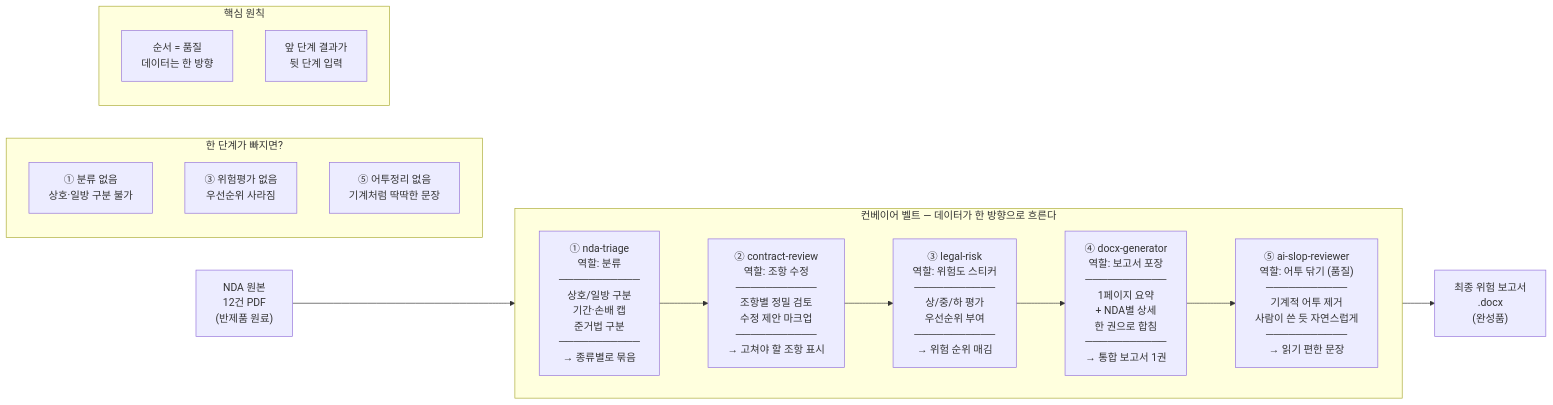
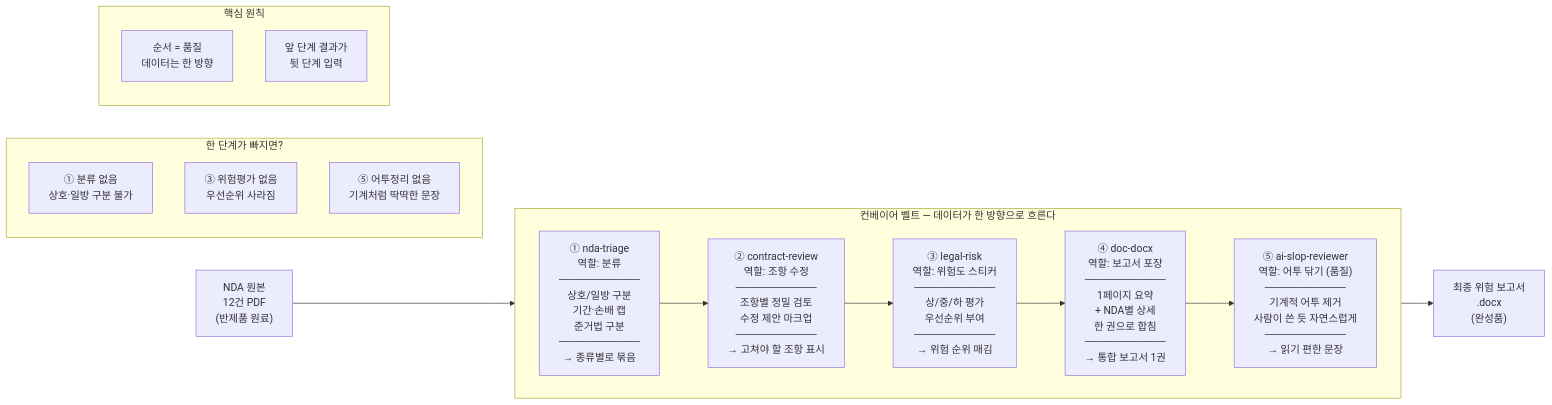
Before and after one commit to modu-ai/cowork-plugins: the second of 4 diagrams in www/content/cookbook/legal-nda-batch.md, drawn with Mermaid. The commit also changed other lines of this file and 45 other files, not shown here.

First line of the commit message:
docs(www): 스킬명 정합 + 깨진 링크 수정 + mermaid 보강

````diff
--- a/www/content/cookbook/legal-nda-batch.md
+++ b/www/content/cookbook/legal-nda-batch.md
@@ -41,30 +41,30 @@
 ```mermaid
 flowchart LR
    RAW["NDA 원본<br/>12건 PDF<br/>(반제품 원료)"]
 
    subgraph PIPE["컨베이어 벨트 — 데이터가 한 방향으로 흐른다"]
        direction LR
        S1["① nda-triage<br/>역할: 분류<br/>───────────<br/>상호/일방 구분<br/>기간·손배 캡<br/>준거법 구분<br/>───────────<br/>→ 종류별로 묶음"]
        S2["② contract-review<br/>역할: 조항 수정<br/>───────────<br/>조항별 정밀 검토<br/>수정 제안 마크업<br/>───────────<br/>→ 고쳐야 할 조항 표시"]
        S3["③ legal-risk<br/>역할: 위험도 스티커<br/>───────────<br/>상/중/하 평가<br/>우선순위 부여<br/>───────────<br/>→ 위험 순위 매김"]
-       S4["④ docx-generator<br/>역할: 보고서 포장<br/>───────────<br/>1페이지 요약<br/>+ NDA별 상세<br/>한 권으로 합침<br/>───────────<br/>→ 통합 보고서 1권"]
+       S4["④ doc-docx<br/>역할: 보고서 포장<br/>───────────<br/>1페이지 요약<br/>+ NDA별 상세<br/>한 권으로 합침<br/>───────────<br/>→ 통합 보고서 1권"]
        S5["⑤ ai-slop-reviewer<br/>역할: 어투 닦기 (품질)<br/>───────────<br/>기계적 어투 제거<br/>사람이 쓴 듯 자연스럽게<br/>───────────<br/>→ 읽기 편한 문장"]
        S1 --> S2 --> S3 --> S4 --> S5
    end
 
    FINAL["최종 위험 보고서<br/>.docx<br/>(완성품)"]
 
    RAW --> S1
    S5 --> FINAL
 
    subgraph MISS["한 단계가 빠지면?"]
        M1["① 분류 없음<br/>상호·일방 구분 불가"]
        M3["③ 위험평가 없음<br/>우선순위 사라짐"]
        M5["⑤ 어투정리 없음<br/>기계처럼 딱딱한 문장"]
    end
 
    subgraph PRIN["핵심 원칙"]
        P1["순서 = 품질<br/>데이터는 한 방향"]
        P2["앞 단계 결과가<br/>뒷 단계 입력"]
    end
 ```
````
